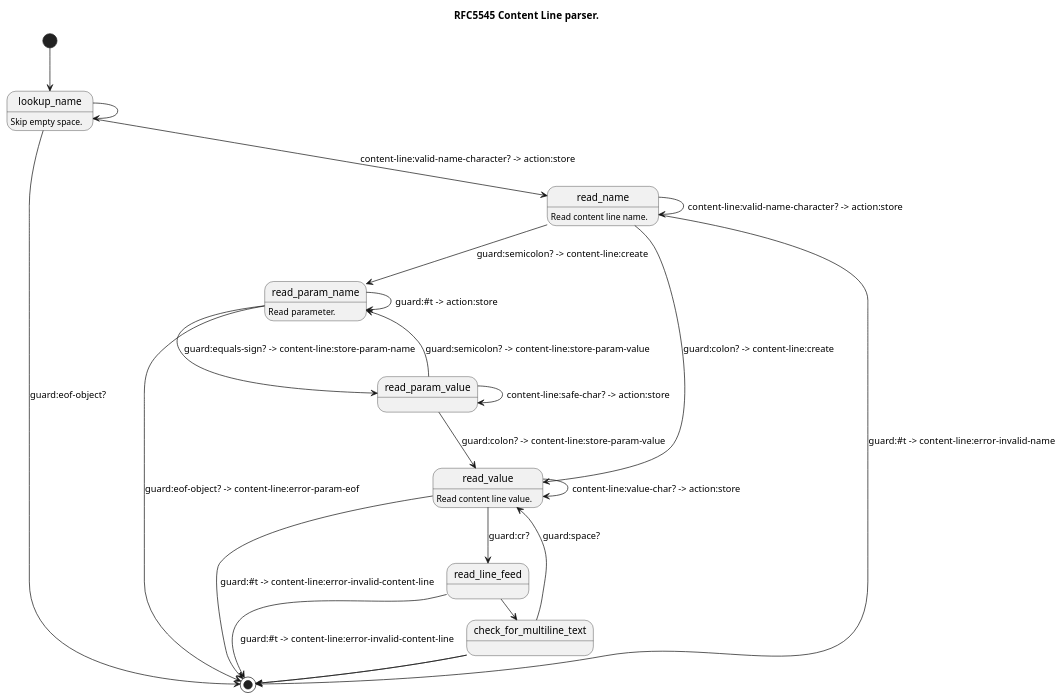
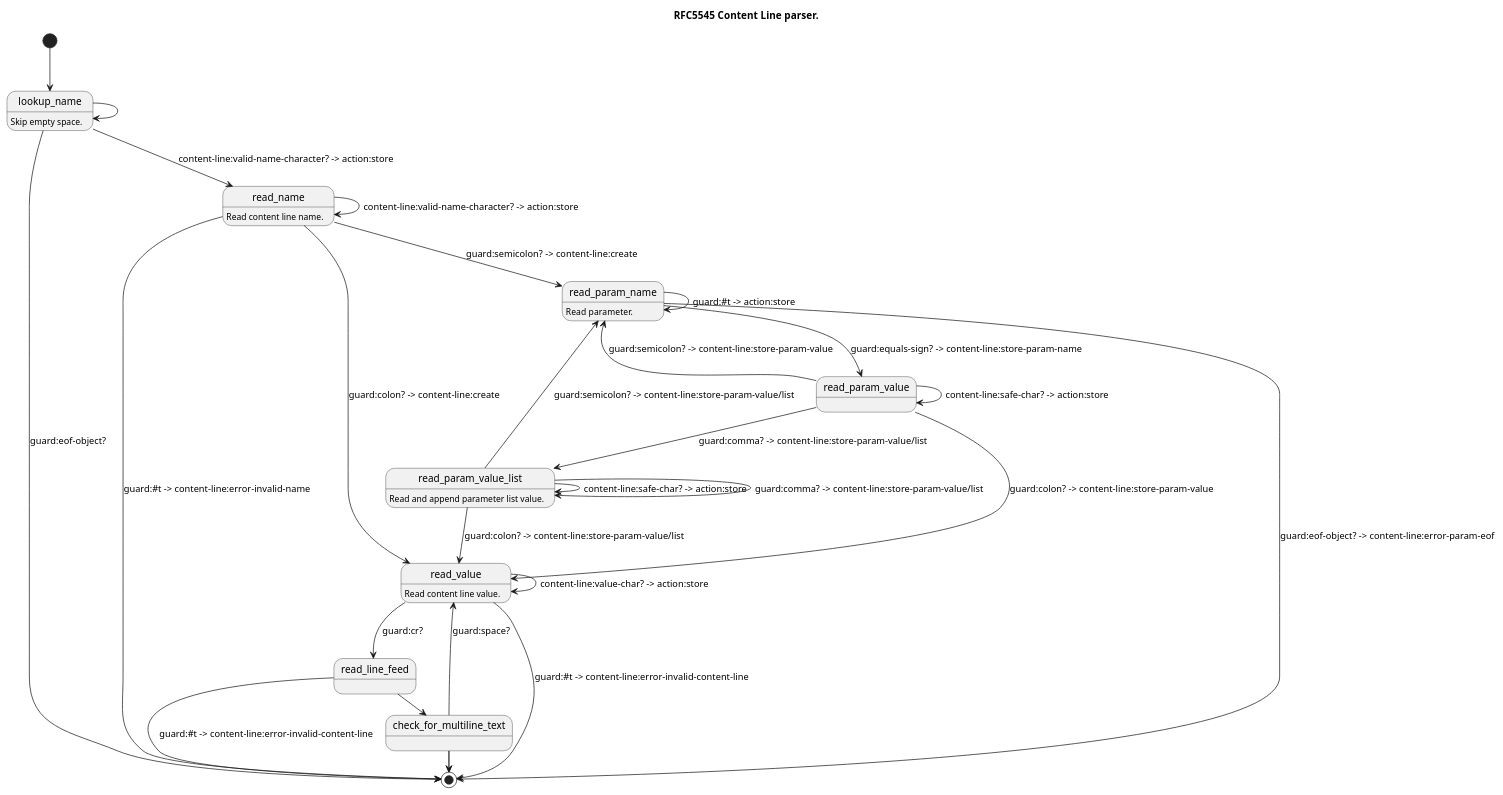
Before and after one commit to artyom-poptsov/guile-ics: the diagram in modules/ics/fsm/content-line-parser.puml, drawn with PlantUML. The commit also changed 1 other file, not shown here.

Commit message:
content-line-parser.puml: Read list parameter values properly
* modules/ics/fsm/content-line-parser.puml
  (content-line:store-param-value/list): New procedure.
  (content-line-parameter-set!): Accept any type for the 3rd parameter.
* modules/ics/fsm/content-line-parser.puml: Allow to read parameter values
  lists.
  (read_param_value_list): New state.

```diff
--- a/modules/ics/fsm/content-line-parser.puml
+++ b/modules/ics/fsm/content-line-parser.puml
@@ -1,76 +1,87 @@
 @startuml
 title RFC5545 Content Line parser.
 
 ' ---------------------------------------------------------------------------
 ' Content Line ABNF:
 '   contentline   = name *(";" param ) ":" value CRLF
 '
 ' <https://datatracker.ietf.org/doc/html/rfc5545#section-3.1>
 
 [*] --> lookup_name
 
 ' ---------------------------------------------------------------------------
 ' name          = iana-token / x-name
 ' iana-token    = 1*(ALPHA / DIGIT / "-")
 '   ; iCalendar identifier registered with IANA
 '
 ' x-name        = "X-" [vendorid "-"] 1*(ALPHA / DIGIT / "-")
 '   ; Reserved for experimental use.
 ' vendorid      = 3*(ALPHA / DIGIT)
 '   ; Vendor identification
 
 lookup_name: Skip empty space.
 lookup_name --> [*]: guard:eof-object?
 lookup_name --> read_name: content-line:valid-name-character? -> action:store
 lookup_name ->  lookup_name
 
 read_name: Read content line name.
 read_name --> read_param_name: guard:semicolon? -> content-line:create
 read_name --> read_value:      guard:colon? -> content-line:create
 read_name --> read_name:       content-line:valid-name-character? -> action:store
 read_name --> [*]:             guard:#t -> content-line:error-invalid-name
 
 ' ---------------------------------------------------------------------------
 ' param         = param-name "=" param-value *("," param-value)
 ' param-name    = iana-token / x-name
 
 read_param_name: Read parameter.
 read_param_name --> read_param_value: guard:equals-sign? -> content-line:store-param-name
 read_param_name --> [*]:              guard:eof-object? -> content-line:error-param-eof
 read_param_name ->  read_param_name:  guard:#t -> action:store
 
 ' ---------------------------------------------------------------------------
 ' param-value   = paramtext / quoted-string
 ' paramtext     = *SAFE-CHAR
 ' quoted-string = DQUOTE *QSAFE-CHAR DQUOTE
 ' SAFE-CHAR     = WSP / %x21 / %x23-2B / %x2D-39 / %x3C-7E
 '                   / NON-US-ASCII
 ' QSAFE-CHAR    = WSP / %x21 / %x23-7E / NON-US-ASCII
 '   ; Any character except CONTROL and DQUOTE
 
-read_param_value --> read_param_name:  guard:semicolon? -> content-line:store-param-value
-read_param_value --> read_value:       guard:colon? -> content-line:store-param-value
-read_param_value ->  read_param_value: content-line:safe-char? -> action:store
+read_param_value --> read_param_name:       guard:semicolon? -> content-line:store-param-value
+read_param_value --> read_value:            guard:colon? -> content-line:store-param-value
+read_param_value --> read_param_value_list: guard:comma? -> content-line:store-param-value/list
+read_param_value ->  read_param_value:      content-line:safe-char? -> action:store
+
+' ---------------------------------------------------------------------------
+' List and Field Separators:
+' <https://datatracker.ietf.org/doc/html/rfc5545#section-3.1.1>
+
+read_param_value_list: Read and append parameter list value.
+read_param_value_list --> read_param_name:       guard:semicolon? -> content-line:store-param-value/list
+read_param_value_list --> read_value:            guard:colon? -> content-line:store-param-value/list
+read_param_value_list --> read_param_value_list: guard:comma? -> content-line:store-param-value/list
+read_param_value_list ->  read_param_value_list: content-line:safe-char? -> action:store
 
 ' ---------------------------------------------------------------------------
 ' VALUE-CHAR    = WSP / %x21-7E / NON-US-ASCII
 '   ; Any textual characters
 ' NON-US-ASCII  = UTF8-2 / UTF8-3 / UTF8-4
 '   ; UTF8-2, UTF8-3, and UTF8-4 are defined in [RFC3629]
 '
 ' CONTROL       = %x00-08 / %x0A-1F / %x7F
 '   ; All the controls except HTAB
 
 read_value: Read content line value.
 read_value --> read_line_feed: guard:cr?
 read_value ->  read_value:     content-line:value-char? -> action:store
 read_value --> [*]:            guard:#t -> content-line:error-invalid-content-line
 
 read_line_feed ->  check_for_multiline_text: guard:lf?
 read_line_feed --> [*]: guard:#t -> content-line:error-invalid-content-line
 
 check_for_multiline_text -> [*]: guard:eof-object? -> content-line:store-value
 check_for_multiline_text -> read_value: guard:space?
 check_for_multiline_text -> [*]: guard:#t -> content-line:store-value/unget-char
 
 @enduml
```
